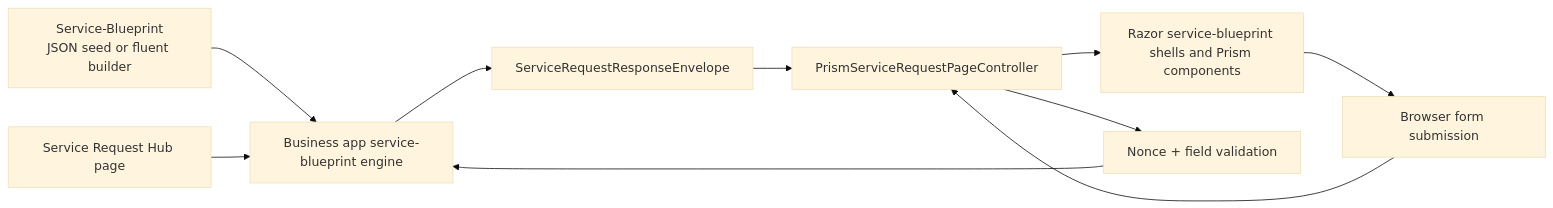
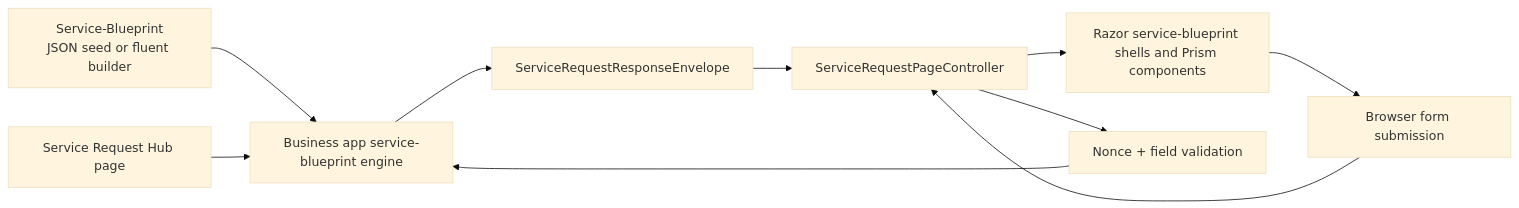
One commit to jonnymuir/Umbraco.Prism changed the diagram in docs/design/service-request-forms-engine.md. Above: the diagram before and after it, drawn with Mermaid (base theme). The commit also changed other lines of this file and 16 other files, not shown here.

````diff
--- a/docs/design/service-request-forms-engine.md
+++ b/docs/design/service-request-forms-engine.md
@@ -15,12 +15,12 @@
 ```mermaid
 flowchart LR
     A[Service-Blueprint\nJSON seed or fluent builder] --> B[Business app service-blueprint engine]
     B --> C[ServiceRequestResponseEnvelope]
-    C --> D[PrismServiceRequestPageController]
+    C --> D[ServiceRequestPageController]
     D --> E[Razor service-blueprint shells and Prism components]
     E --> F[Browser form submission]
     F --> D
     D --> G[Nonce + field validation]
     G --> B
     H[Service Request Hub page] --> B
 ```
````
